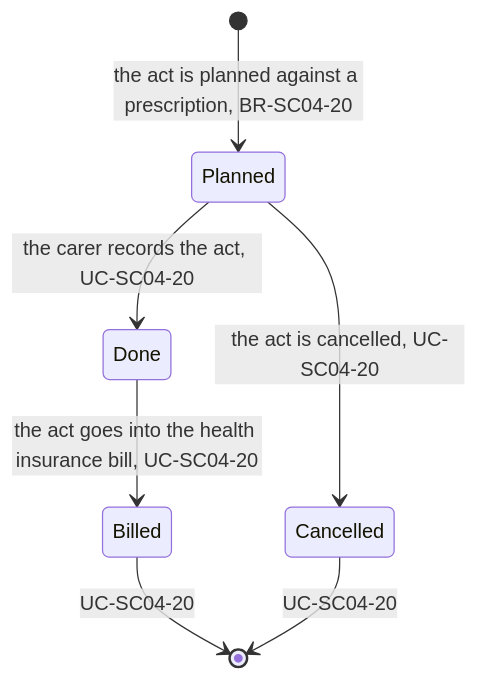
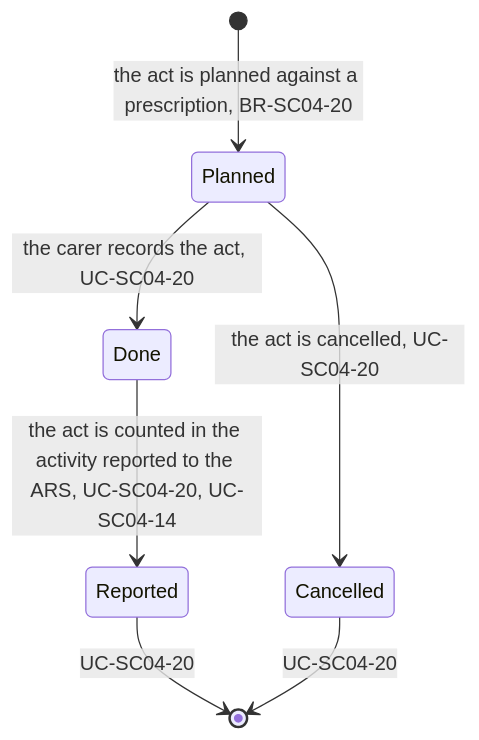
One commit to gpbcom/SimpleERP changed the second of 2 diagrams in docs/specs/08-sectors/sc04-home-care/data/e-sc04-18-care-act.md. Above: the diagram before and after it, drawn with Mermaid. The commit also changed other lines of this file and 8816 other files, not shown here.

````diff
--- a/docs/specs/08-sectors/sc04-home-care/data/e-sc04-18-care-act.md
+++ b/docs/specs/08-sectors/sc04-home-care/data/e-sc04-18-care-act.md
@@ -45,9 +47,9 @@
 ```mermaid
 stateDiagram-v2
   [*] --> Planned : the act is planned against a prescription, BR-SC04-20
   Planned --> Done : the carer records the act, UC-SC04-20
-  Done --> Billed : the act goes into the health insurance bill, UC-SC04-20
+  Done --> Reported : the act is counted in the activity reported to the ARS, UC-SC04-20, UC-SC04-14
   Planned --> Cancelled : the act is cancelled, UC-SC04-20
-  Billed --> [*] : UC-SC04-20
+  Reported --> [*] : UC-SC04-20
   Cancelled --> [*] : UC-SC04-20
 ```
````
